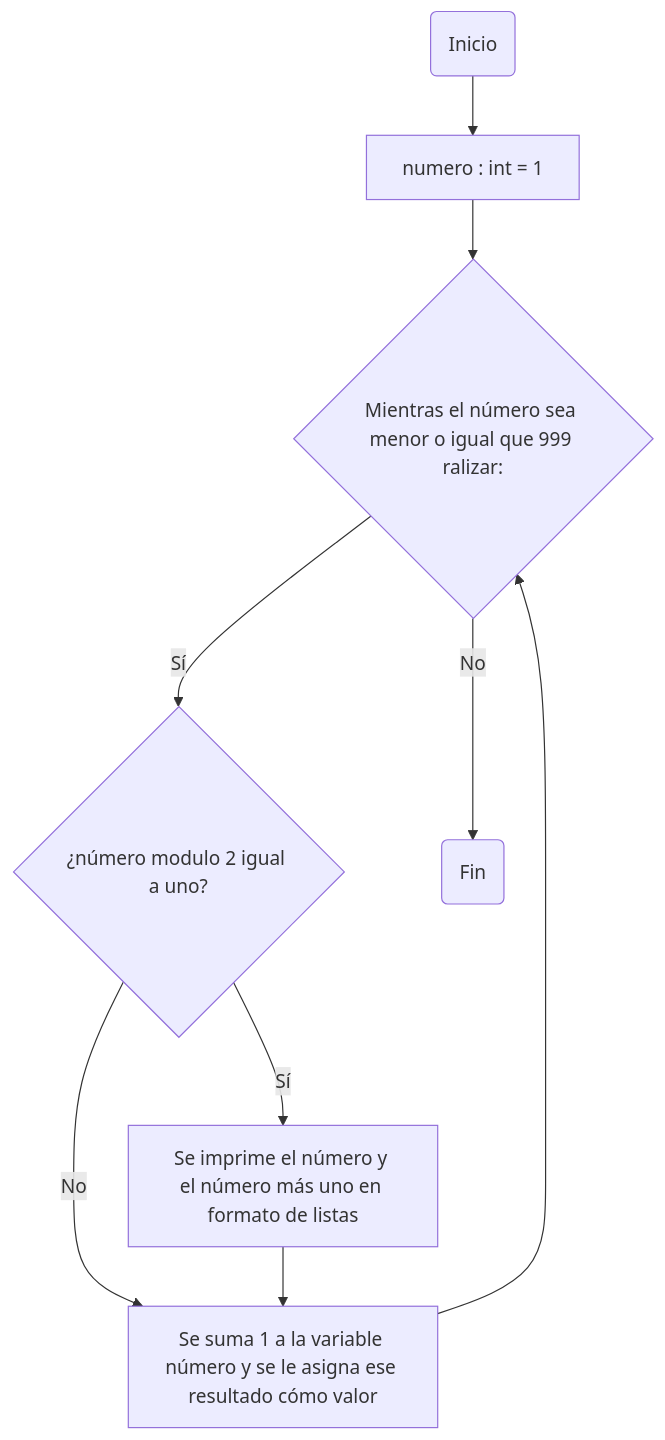
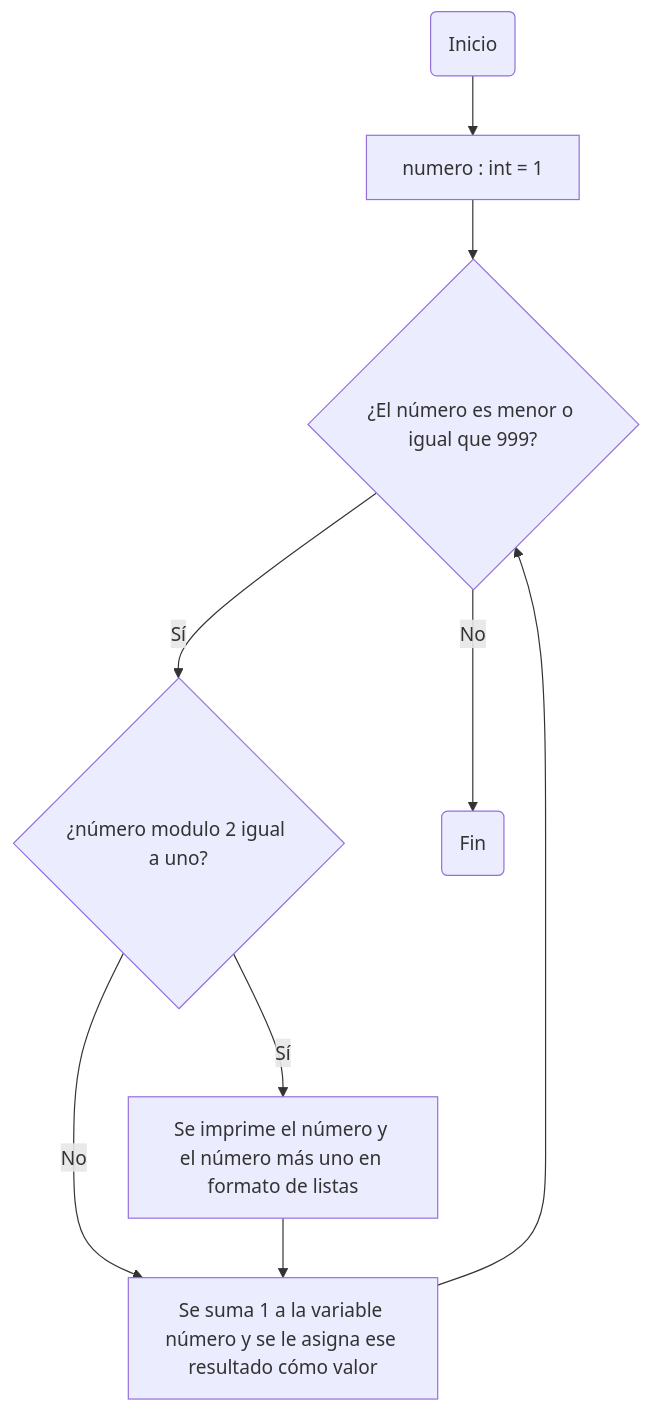
Before and after one commit to JuanJoToAl/Reto7: the second of 3 diagrams in README.md, drawn with Mermaid. The commit also changed other lines of this file, not shown here.

````diff
--- a/README.md
+++ b/README.md
@@ -49,12 +49,12 @@
 ```mermaid
 flowchart TD
     A(Inicio) --> B[numero : int = 1]
     B-->C;
-    C{Mientras el número sea menor o igual que 999 ralizar:} -- Sí --> D{¿número modulo 2 igual a uno?};
+    C{¿El número es menor o igual que 999?} -- Sí --> D{¿número modulo 2 igual a uno?};
     D -- Sí --> E[Se imprime el número y el número más uno en formato de listas]
     D-- No -->F[Se suma 1 a la variable número y se le asigna ese resultado cómo valor];
     F --> C;
     E --> F;
     C -- No --> G;
     G(Fin)
 ```
````
